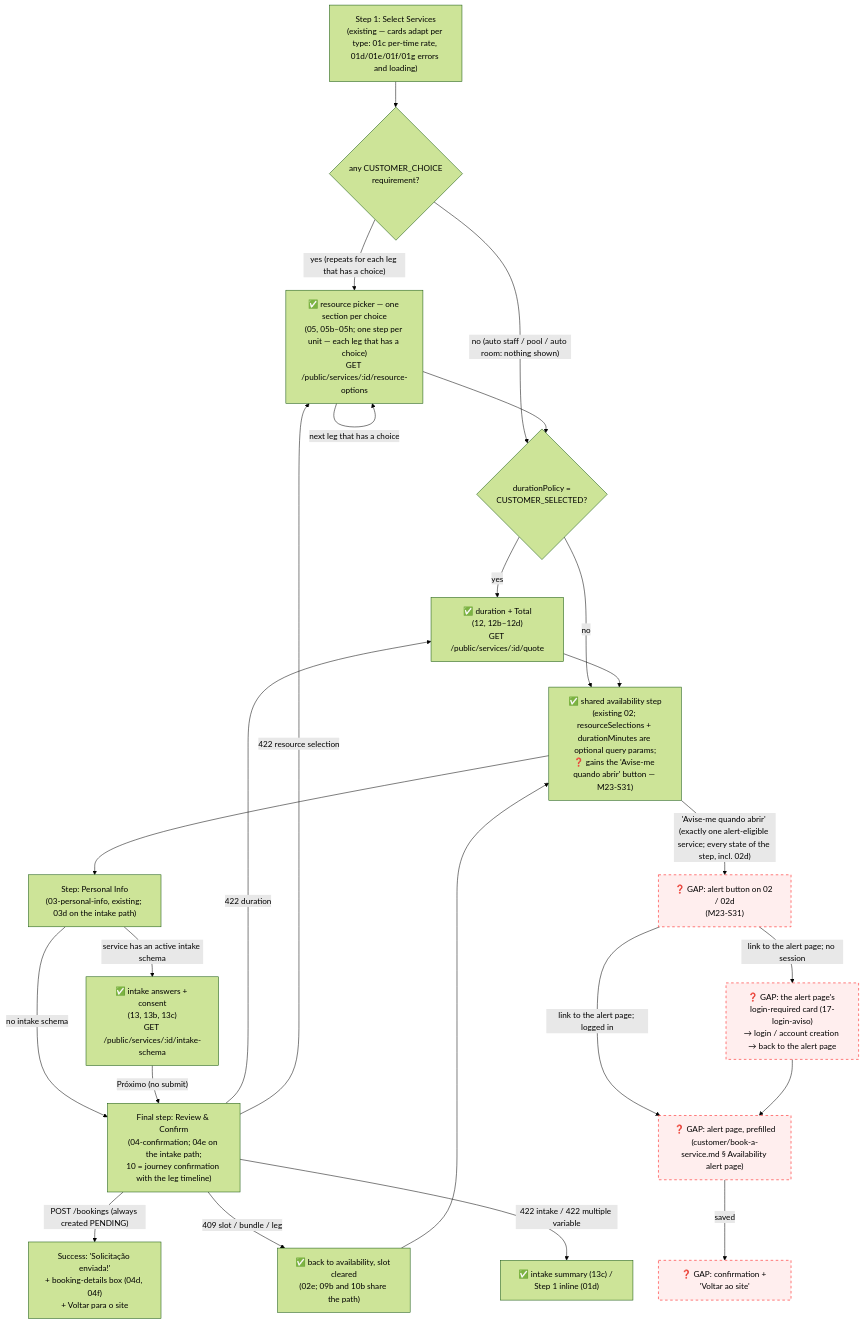
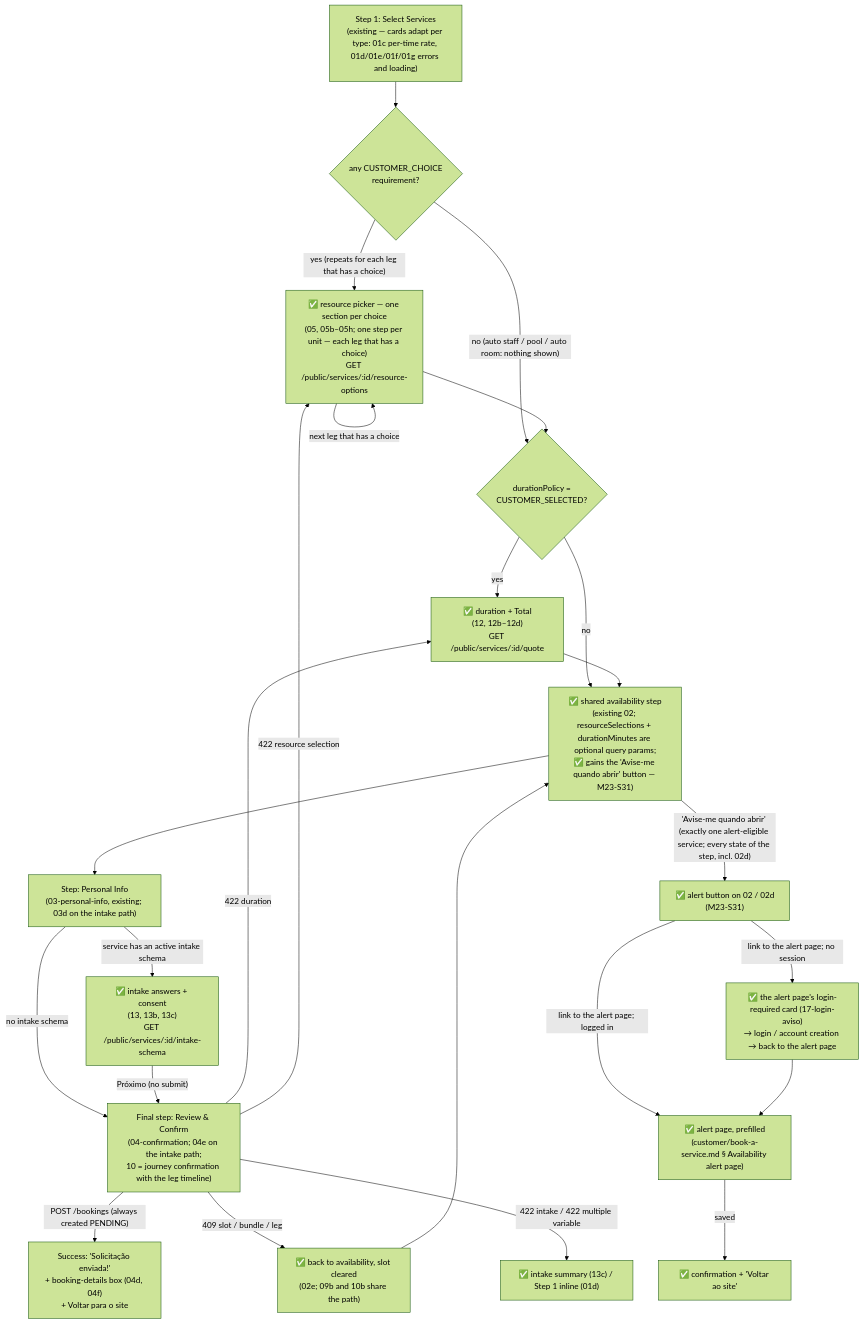
The second of 2 diagrams in plan/journey/guest/book-a-service.md (lmmoreira/ikaro), drawn with Mermaid (forest theme) before and after one commit. The commit also changed other lines of this file and 72 other files, not shown here.

First line of the commit message:
feat(booking): "Avise-me quando abrir" on the calendar step and the availability-alert page (M23-S31) (#565)

````diff
--- a/plan/journey/guest/book-a-service.md
+++ b/plan/journey/guest/book-a-service.md
@@ -59,30 +59,29 @@
 ```mermaid
 flowchart TD
     classDef gap stroke:#f00,stroke-dasharray: 5 5,fill:#fee
 
     S1b["Step 1: Select Services<br/>(existing — cards adapt per type: 01c per-time rate, 01d/01e/01f/01g errors and loading)"] --> HasChoice{"any CUSTOMER_CHOICE<br/>requirement?"}
     HasChoice -- "yes (repeats for each leg that has a choice)" --> Picker["✅ resource picker — one section per choice<br/>(05, 05b–05h; one step per unit — each leg that has a choice)<br/>GET /public/services/:id/resource-options"]
     HasChoice -- "no (auto staff / pool / auto room: nothing shown)" --> HasDuration
     Picker -->|"next leg that has a choice"| Picker
     Picker --> HasDuration{"durationPolicy =<br/>CUSTOMER_SELECTED?"}
     HasDuration -- "yes" --> Duration["✅ duration + Total<br/>(12, 12b–12d)<br/>GET /public/services/:id/quote"]
     HasDuration -- "no" --> Availability
-    Duration --> Availability["✅ shared availability step<br/>(existing 02; resourceSelections + durationMinutes are optional query params;<br/>❓ gains the 'Avise-me quando abrir' button — M23-S31)"]
+    Duration --> Availability["✅ shared availability step<br/>(existing 02; resourceSelections + durationMinutes are optional query params;<br/>✅ gains the 'Avise-me quando abrir' button — M23-S31)"]
 
     Availability --> S3m["Step: Personal Info<br/>(03-personal-info, existing; 03d on the intake path)"]
-    Availability -->|"'Avise-me quando abrir' (exactly one alert-eligible service; every state of the step, incl. 02d)"| AlertBtn["❓ GAP: alert button on 02 / 02d<br/>(M23-S31)"]
-    AlertBtn -->|"link to the alert page; no session"| AlertLogin["❓ GAP: the alert page's login-required card (17-login-aviso)<br/>→ login / account creation → back to the alert page"]
-    AlertBtn -->|"link to the alert page; logged in"| AlertPage["❓ GAP: alert page, prefilled<br/>(customer/book-a-service.md § Availability alert page)"]
+    Availability -->|"'Avise-me quando abrir' (exactly one alert-eligible service; every state of the step, incl. 02d)"| AlertBtn["✅ alert button on 02 / 02d<br/>(M23-S31)"]
+    AlertBtn -->|"link to the alert page; no session"| AlertLogin["✅ the alert page's login-required card (17-login-aviso)<br/>→ login / account creation → back to the alert page"]
+    AlertBtn -->|"link to the alert page; logged in"| AlertPage["✅ alert page, prefilled<br/>(customer/book-a-service.md § Availability alert page)"]
     AlertLogin --> AlertPage
-    AlertPage -->|"saved"| AlertDone["❓ GAP: confirmation + 'Voltar ao site'"]
-    class AlertBtn,AlertLogin,AlertPage,AlertDone gap
+    AlertPage -->|"saved"| AlertDone["✅ confirmation + 'Voltar ao site'"]
     S3m -->|"service has an active intake schema"| Intake["✅ intake answers + consent<br/>(13, 13b, 13c)<br/>GET /public/services/:id/intake-schema"]
     S3m -->|"no intake schema"| Confirm
     Intake -->|"Próximo (no submit)"| Confirm["Final step: Review & Confirm<br/>(04-confirmation; 04e on the intake path;<br/>10 = journey confirmation with the leg timeline)"]
     Confirm -->|"POST /bookings (always created PENDING)"| Done["Success: 'Solicitação enviada!'<br/>+ booking-details box (04d, 04f)<br/>+ Voltar para o site"]
     Confirm -->|"409 slot / bundle / leg"| BackAvail["✅ back to availability, slot cleared<br/>(02e; 09b and 10b share the path)"]
     Confirm -->|"422 duration"| Duration
     Confirm -->|"422 resource selection"| Picker
     Confirm -->|"422 intake / 422 multiple variable"| Errors["✅ intake summary (13c) / Step 1 inline (01d)"]
     BackAvail --> Availability
 ```
````
